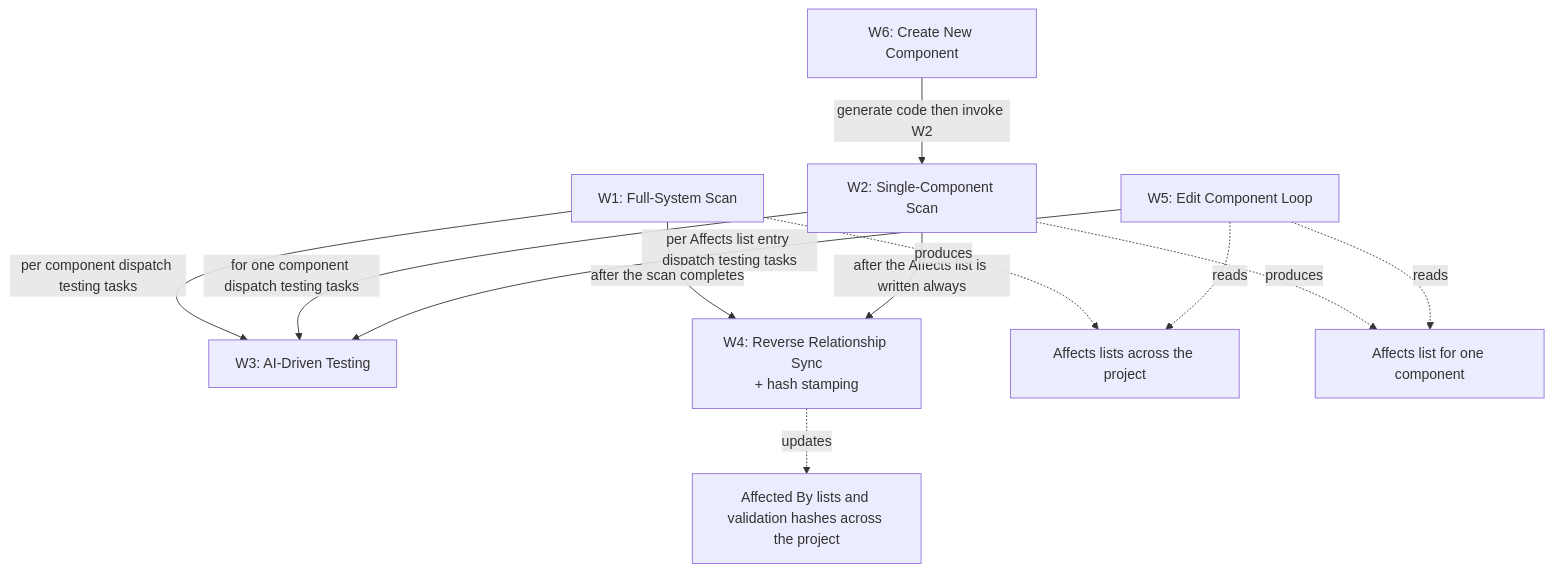
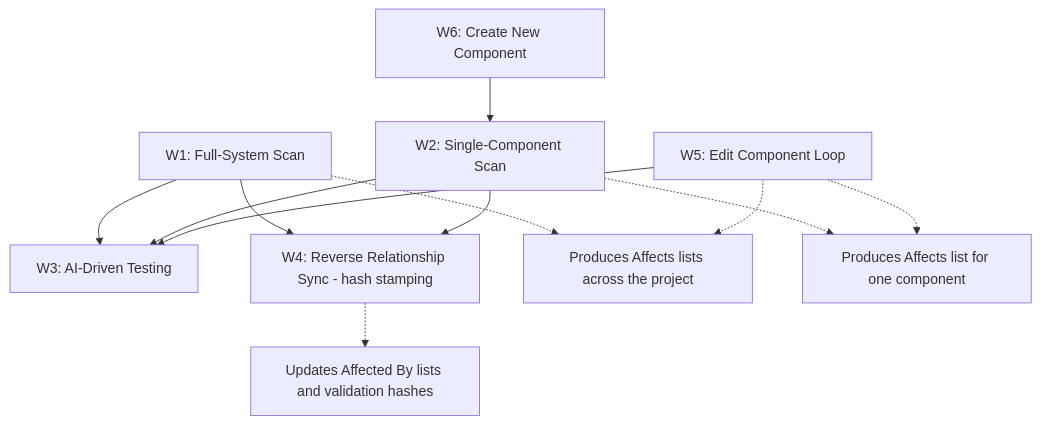
Before and after one commit to Fady1Hany/A-proposal-for-a-per-component-documentation-layer-V2-workflow-based-: the first of 2 diagrams in WORKFLOWS.md, drawn with Mermaid.

````diff
--- a/WORKFLOWS.md
+++ b/WORKFLOWS.md
@@ -26,23 +26,23 @@
 ```mermaid
 flowchart TB
-    W1[W1: Full-System Scan]
-    W2[W2: Single-Component Scan]
-    W3[W3: AI-Driven Testing]
-    W4[W4: Reverse Relationship Sync<br/>+ hash stamping]
-    W5[W5: Edit Component Loop]
-    W6[W6: Create New Component]
+    W1["W1: Full-System Scan"]
+    W2["W2: Single-Component Scan"]
+    W3["W3: AI-Driven Testing"]
+    W4["W4: Reverse Relationship Sync - hash stamping"]
+    W5["W5: Edit Component Loop"]
+    W6["W6: Create New Component"]
 
-    W1 -->|per component dispatch testing tasks| W3
-    W2 -->|for one component dispatch testing tasks| W3
-    W5 -->|per Affects list entry dispatch testing tasks| W3
-    W6 -->|generate code then invoke W2| W2
+    W1 --> W3
+    W2 --> W3
+    W5 --> W3
+    W6 --> W2
 
-    W1 -->|after the scan completes| W4
-    W2 -->|after the Affects list is written always| W4
+    W1 --> W4
+    W2 --> W4
 
-    W1 -.->|produces| Docs1[Affects lists across the project]
-    W2 -.->|produces| Docs2[Affects list for one component]
-    W4 -.->|updates| Reverse[Affected By lists and validation hashes across the project]
-    W5 -.->|reads| Docs1
-    W5 -.->|reads| Docs2
+    W1 -.-> Docs1["Produces Affects lists across the project"]
+    W2 -.-> Docs2["Produces Affects list for one component"]
+    W4 -.-> Reverse["Updates Affected By lists and validation hashes"]
+    W5 -.-> Docs1
+    W5 -.-> Docs2
 ```
````
